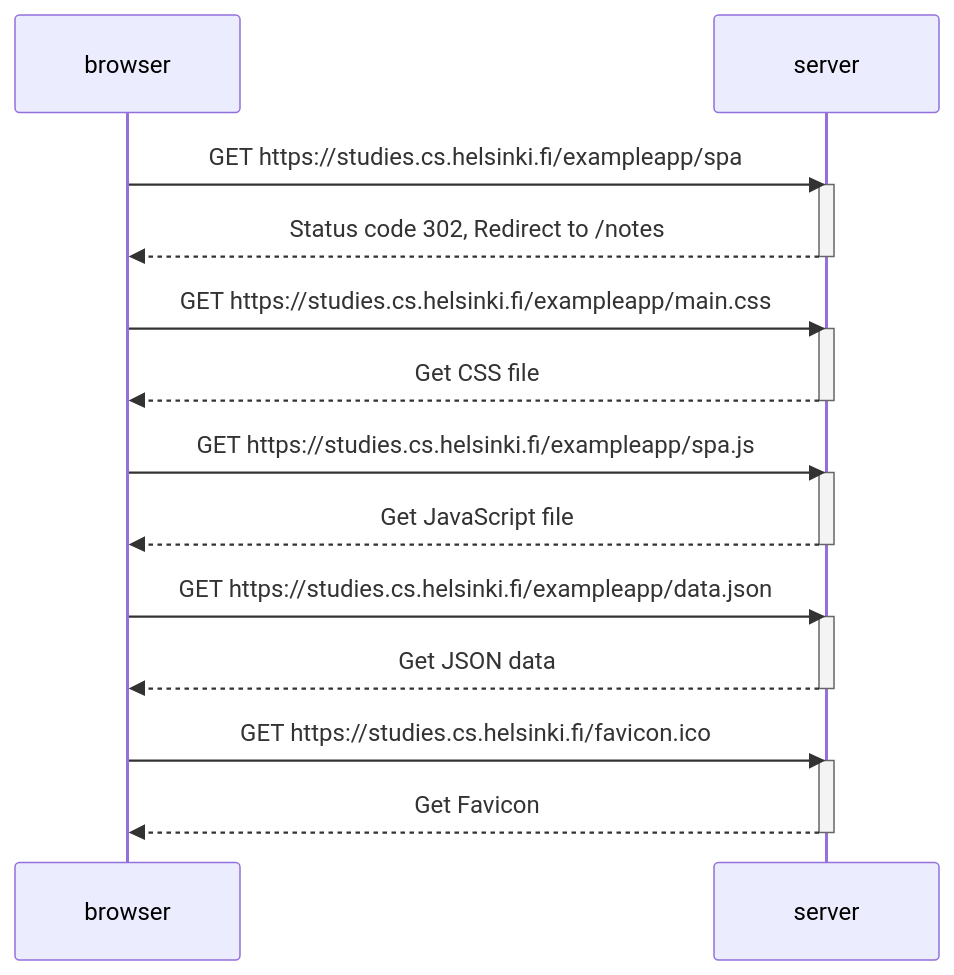
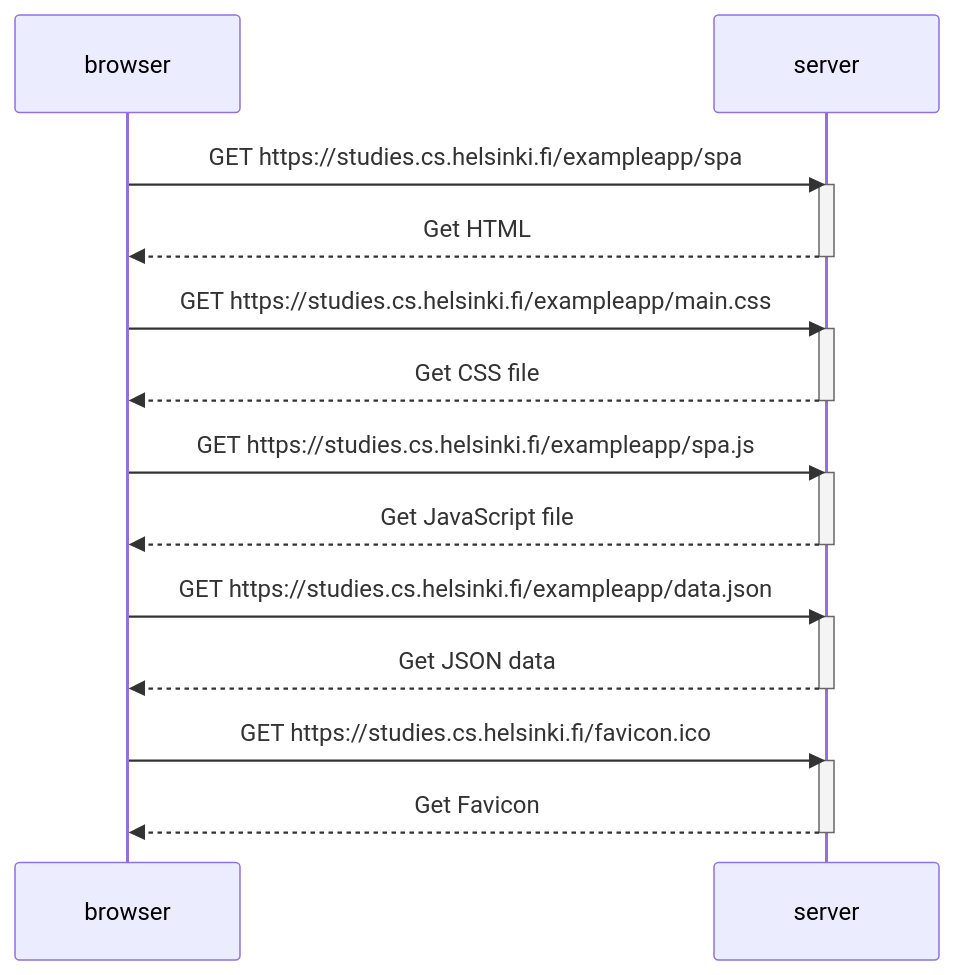
One commit to JesseSinivuori/full-stack-open changed the diagram in osa1/0.5-single-page-app.md. Above: the diagram before and after it, drawn with Mermaid.

````diff
--- a/osa1/0.5-single-page-app.md
+++ b/osa1/0.5-single-page-app.md
@@ -1,30 +1,30 @@
 ```mermaid
 sequenceDiagram
     participant browser
     participant server
     
     browser->>server: GET https://studies.cs.helsinki.fi/exampleapp/spa
     activate server
-    server-->>browser: Status code 302, Redirect to /notes
+    server-->>browser: Get HTML
     deactivate server
     
     browser->>server: GET https://studies.cs.helsinki.fi/exampleapp/main.css
     activate server
     server-->>browser: Get CSS file
     deactivate server
     
     browser->>server: GET https://studies.cs.helsinki.fi/exampleapp/spa.js
     activate server
     server-->>browser: Get JavaScript file
     deactivate server
     
     browser->>server: GET https://studies.cs.helsinki.fi/exampleapp/data.json
     activate server
     server-->>browser: Get JSON data
     deactivate server
     
     browser->>server: GET https://studies.cs.helsinki.fi/favicon.ico
     activate server
     server-->>browser: Get Favicon
     deactivate server
 ```
````
